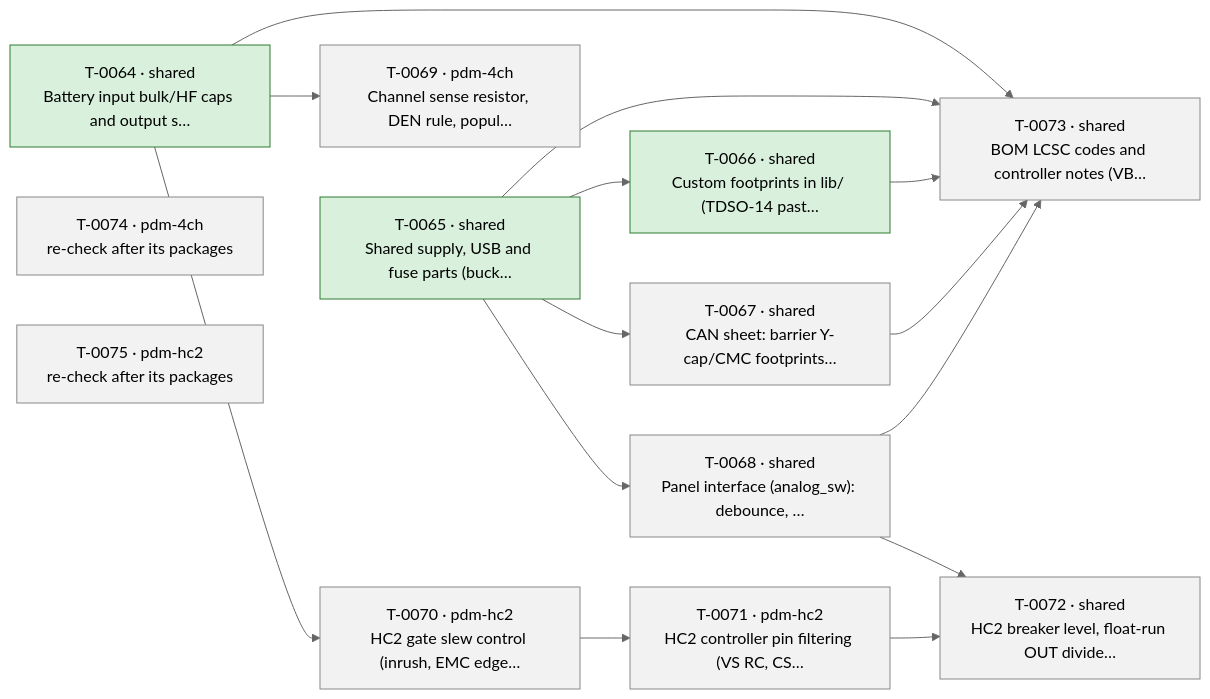
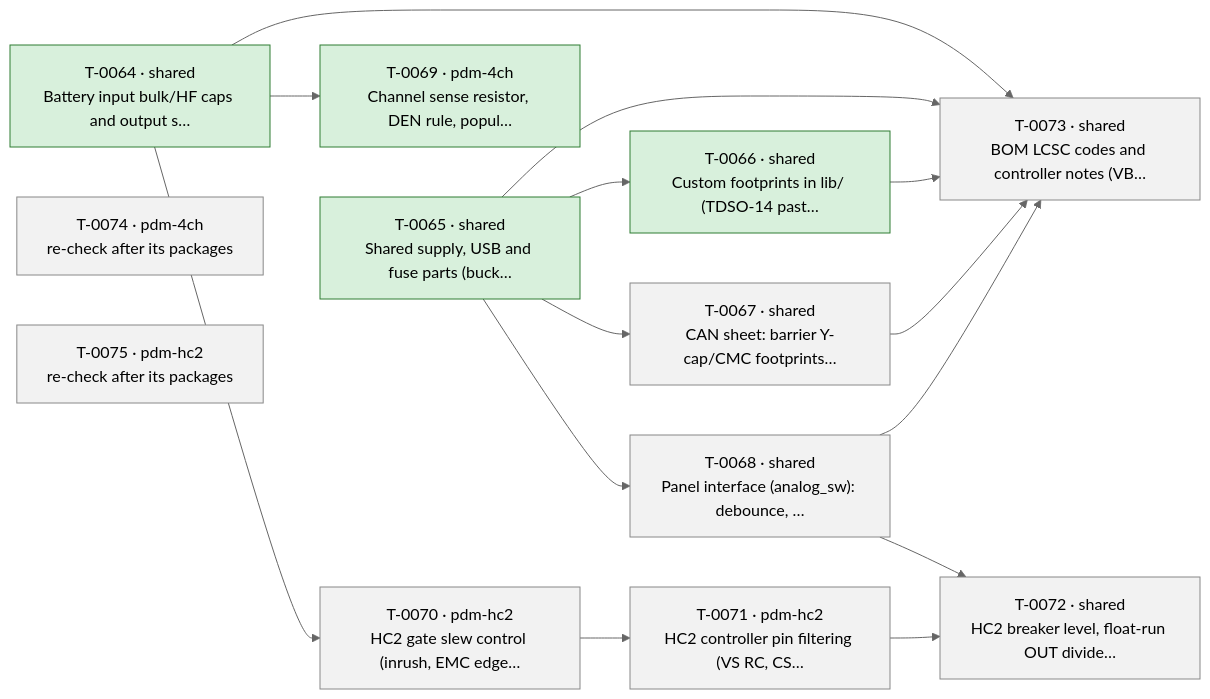
Before and after one commit to plektra/ESP32-PDM: the diagram in docs/ROADMAP.md, drawn with Mermaid (neutral theme). The commit also changed other lines of this file and 3 other files, not shown here.

````diff
--- a/docs/ROADMAP.md
+++ b/docs/ROADMAP.md
@@ -18,32 +18,32 @@
 ```mermaid
 flowchart LR
   T0064["T-0064 · shared<br/>Battery input bulk/HF caps and output s…"]:::done
   T0065["T-0065 · shared<br/>Shared supply, USB and fuse parts (buck…"]:::done
   T0066["T-0066 · shared<br/>Custom footprints in lib/ (TDSO-14 past…"]:::done
   T0067["T-0067 · shared<br/>CAN sheet: barrier Y-cap/CMC footprints…"]:::ready
   T0068["T-0068 · shared<br/>Panel interface (analog_sw): debounce, …"]:::ready
-  T0069["T-0069 · pdm-4ch<br/>Channel sense resistor, DEN rule, popul…"]:::ready
+  T0069["T-0069 · pdm-4ch<br/>Channel sense resistor, DEN rule, popul…"]:::done
   T0070["T-0070 · pdm-hc2<br/>HC2 gate slew control (inrush, EMC edge…"]:::ready
   T0071["T-0071 · pdm-hc2<br/>HC2 controller pin filtering (VS RC, CS…"]:::ready
   T0072["T-0072 · shared<br/>HC2 breaker level, float-run OUT divide…"]:::ready
   T0073["T-0073 · shared<br/>BOM LCSC codes and controller notes (VB…"]:::ready
   T0074["T-0074 · pdm-4ch<br/>re-check after its packages"]:::ready
   T0075["T-0075 · pdm-hc2<br/>re-check after its packages"]:::ready
   T0065 --> T0066
   T0065 --> T0067
   T0065 --> T0068
   T0064 --> T0069
   T0064 --> T0070
   T0070 --> T0071
   T0068 --> T0072
   T0071 --> T0072
   T0064 --> T0073
   T0065 --> T0073
   T0066 --> T0073
   T0067 --> T0073
   T0068 --> T0073
   classDef done fill:#d8f0dc,stroke:#2e7d32
   classDef running fill:#d6e6ff,stroke:#1f5fbf
   classDef ready fill:#f2f2f2,stroke:#888
   classDef failed fill:#f9d9d9,stroke:#b3261e
 ```
````
